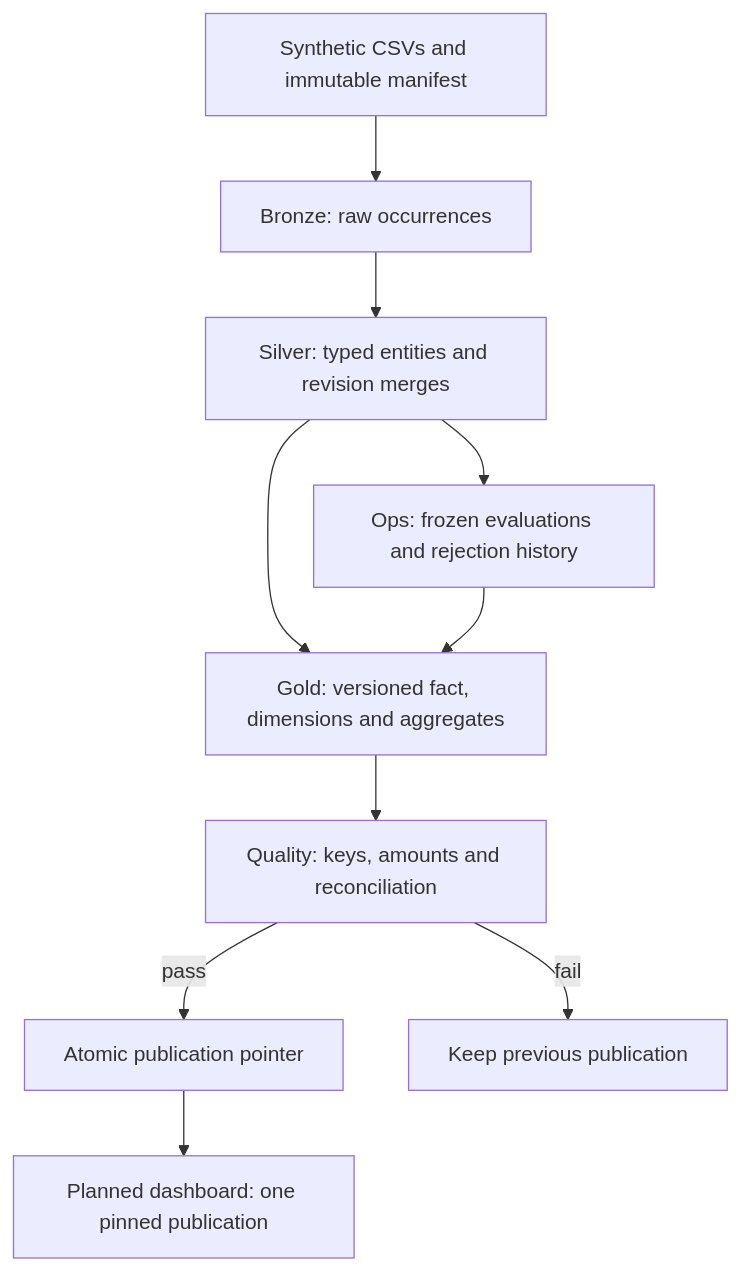
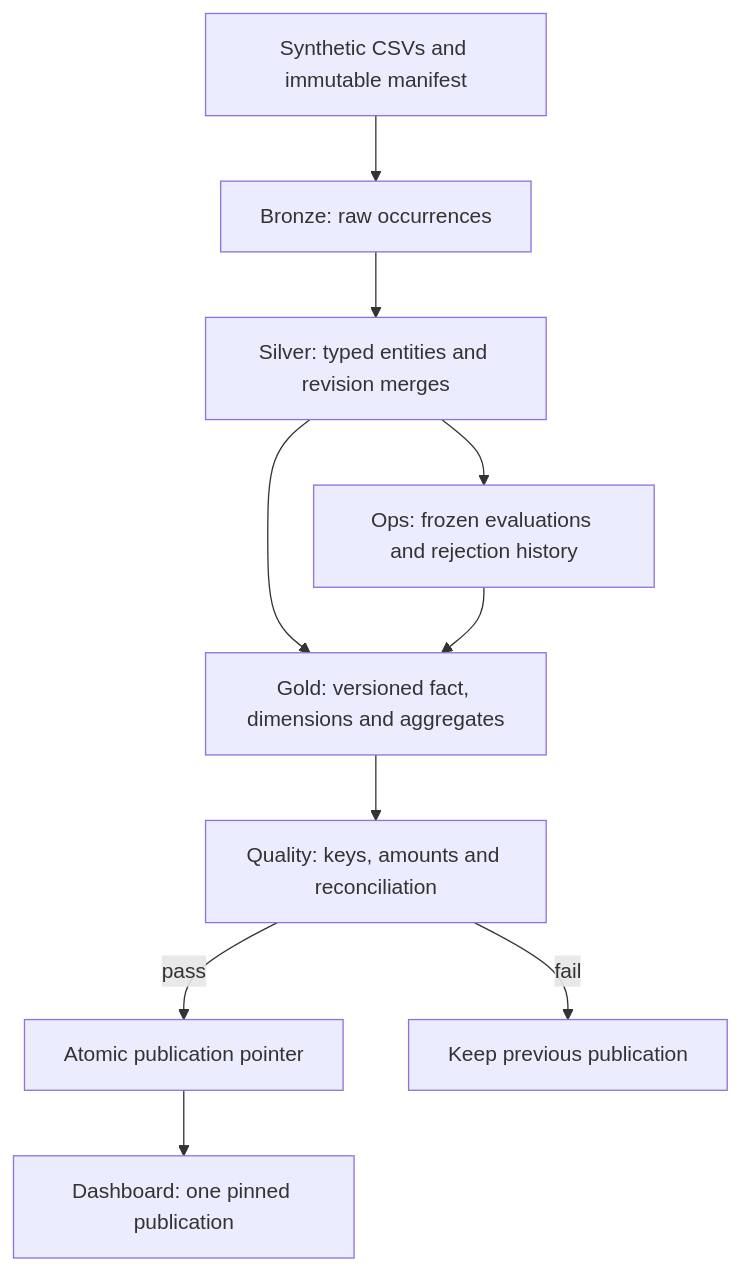
One commit to RussypherIOIIOI/RretailfowR changed the diagram in README.md. Above: the diagram before and after it, drawn with Mermaid. The commit also changed other lines of this file and 14 other files, not shown here.

````diff
--- a/README.md
+++ b/README.md
@@ -33,12 +33,12 @@
 ```mermaid
 flowchart TD
     INPUT["Synthetic CSVs and immutable manifest"] --> BRONZE["Bronze: raw occurrences"]
     BRONZE --> SILVER["Silver: typed entities and revision merges"]
     SILVER --> GOLD["Gold: versioned fact, dimensions and aggregates"]
     SILVER --> EVAL["Ops: frozen evaluations and rejection history"]
     EVAL --> GOLD
     GOLD --> GATE["Quality: keys, amounts and reconciliation"]
     GATE -->|"pass"| POINTER["Atomic publication pointer"]
     GATE -->|"fail"| HOLD["Keep previous publication"]
-    POINTER --> BI["Planned dashboard: one pinned publication"]
+    POINTER --> BI["Dashboard: one pinned publication"]
 ```
````
